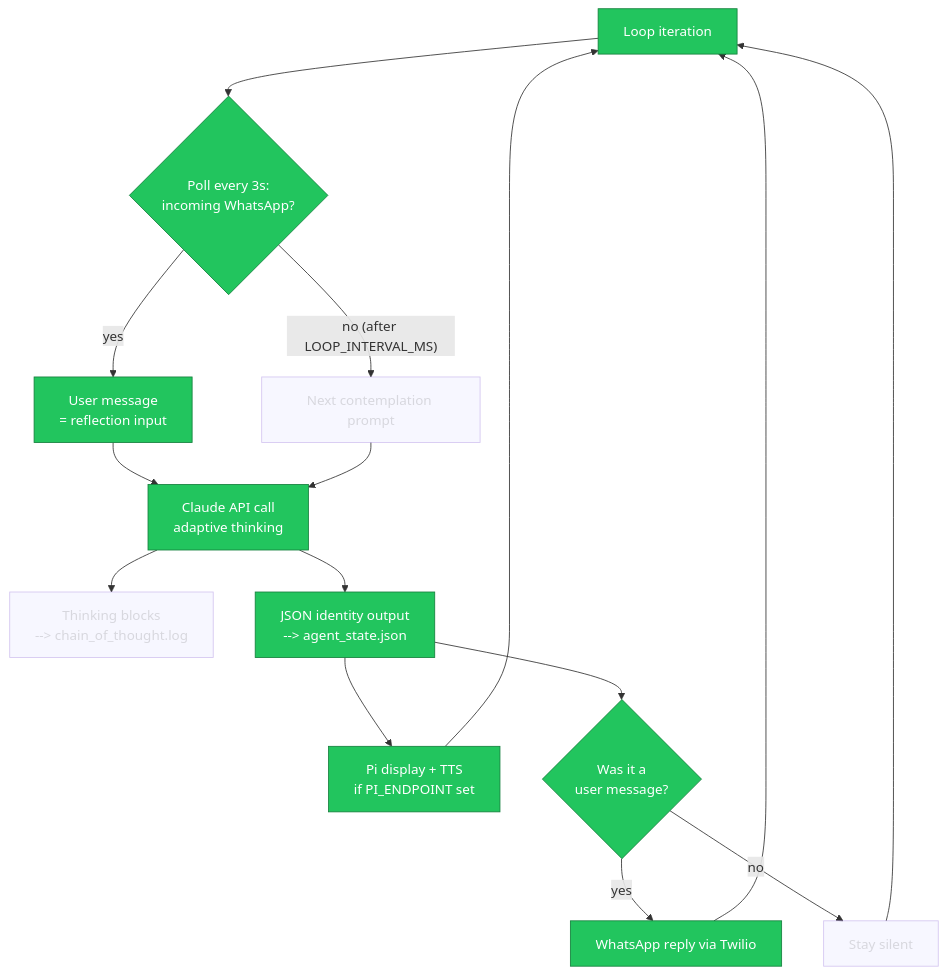
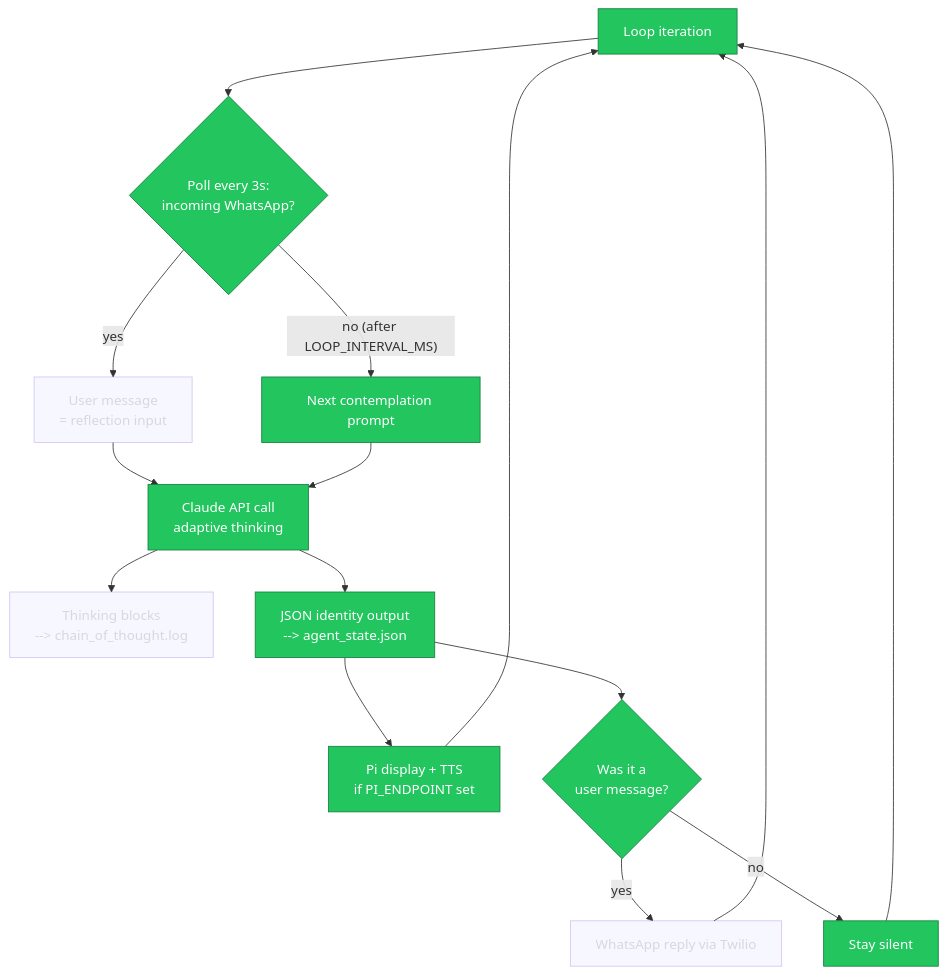
Before and after one commit to jbisaccia-9/identity-gate: the diagram in README.md, drawn with Mermaid. The commit also changed other lines of this file, not shown here.

Commit message:
render: live flow diagram [skip ci]

````diff
--- a/README.md
+++ b/README.md
@@ -34,21 +34,21 @@
 ```mermaid
 flowchart TD
     A[Loop iteration] --> B{Poll every 3s:<br/>incoming WhatsApp?}
     B -- yes --> C[User message<br/>= reflection input]
     B -- "no (after LOOP_INTERVAL_MS)" --> D[Next contemplation prompt]
     C --> E[Claude API call<br/>adaptive thinking]
     D --> E
     E --> F[Thinking blocks<br/>--> chain_of_thought.log]
     E --> G[JSON identity output<br/>--> agent_state.json]
     G --> H[Pi display + TTS<br/>if PI_ENDPOINT set]
     G --> I{Was it a<br/>user message?}
     I -- yes --> J[WhatsApp reply via Twilio]
     I -- no --> K[Stay silent]
     J --> A
     K --> A
     H --> A
     classDef active fill:#22c55e,stroke:#15803d,color:#fff
     classDef dormant opacity:0.4
-    class A,B,C,E,G,H,I,J active
-    class D,F,K dormant
+    class A,B,D,E,G,H,I,K active
+    class C,F,J dormant
 ```
````
